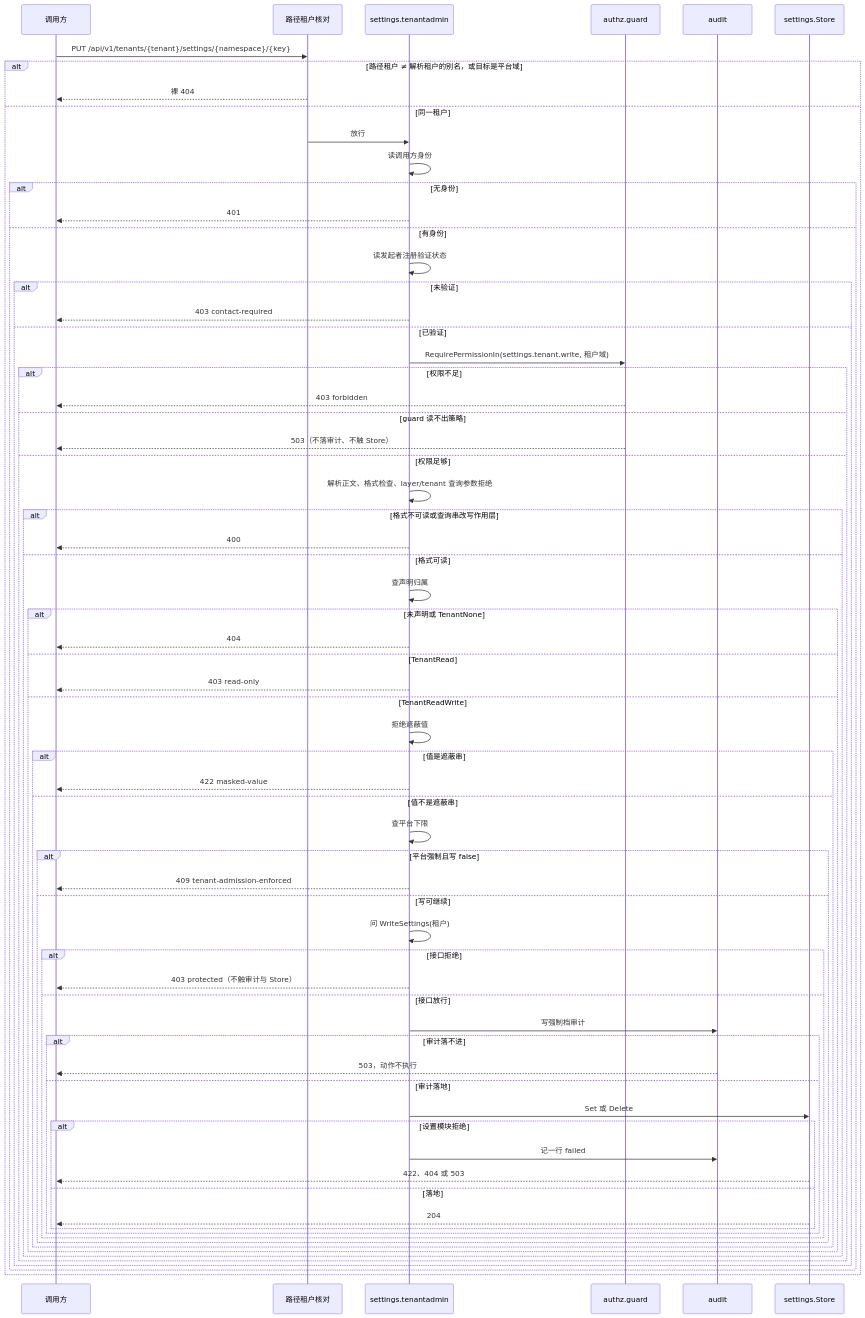
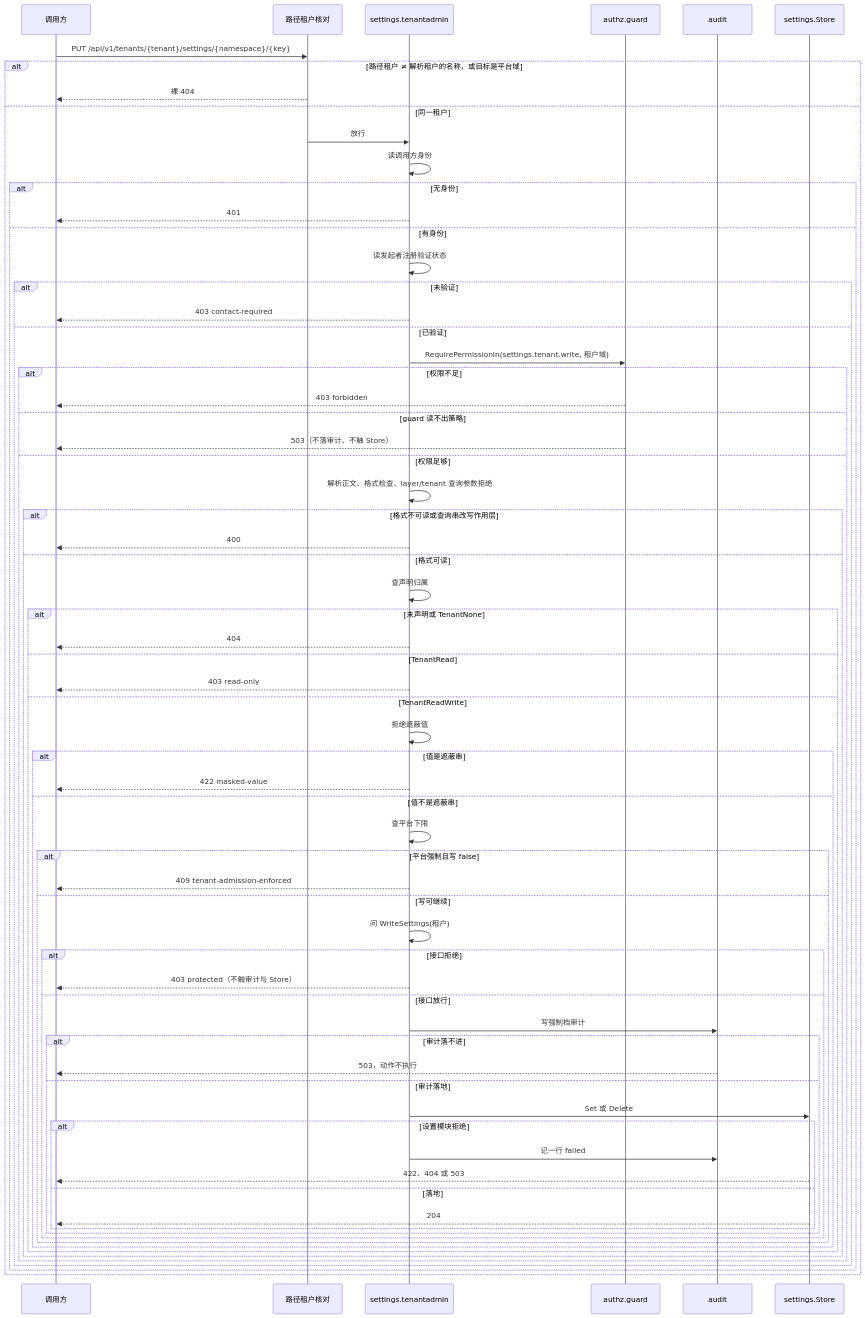
The diagram in docs/design/modules/settings/design-settings-tenantadmin.md (wangzw/speed), drawn with Mermaid before and after one commit. The commit also changed other lines of this file and 300 other files, not shown here.

````diff
--- a/docs/design/modules/settings/design-settings-tenantadmin.md
+++ b/docs/design/modules/settings/design-settings-tenantadmin.md
@@ -138,72 +138,72 @@
 ```mermaid
 sequenceDiagram
     participant C as 调用方
     participant T as 路径租户核对
     participant H as settings.tenantadmin
     participant G as authz.guard
     participant A as audit
     participant S as settings.Store
 
     C->>T: PUT /api/v1/tenants/{tenant}/settings/{namespace}/{key}
-    alt 路径租户 ≠ 解析租户的别名，或目标是平台域
+    alt 路径租户 ≠ 解析租户的名称，或目标是平台域
         T-->>C: 裸 404
     else 同一租户
         T->>H: 放行
         H->>H: 读调用方身份
         alt 无身份
             H-->>C: 401
         else 有身份
             H->>H: 读发起者注册验证状态
             alt 未验证
                 H-->>C: 403 contact-required
             else 已验证
                 H->>G: RequirePermissionIn(settings.tenant.write, 租户域)
                 alt 权限不足
                     G-->>C: 403 forbidden
                 else guard 读不出策略
                     G-->>C: 503（不落审计、不触 Store）
                 else 权限足够
                     H->>H: 解析正文、格式检查、layer/tenant 查询参数拒绝
                     alt 格式不可读或查询串改写作用层
                         H-->>C: 400
                     else 格式可读
                         H->>H: 查声明归属
                         alt 未声明或 TenantNone
                             H-->>C: 404
                         else TenantRead
                             H-->>C: 403 read-only
                         else TenantReadWrite
                             H->>H: 拒绝遮蔽值
                             alt 值是遮蔽串
                                 H-->>C: 422 masked-value
                             else 值不是遮蔽串
                                 H->>H: 查平台下限
                                 alt 平台强制且写 false
                                     H-->>C: 409 tenant-admission-enforced
                                 else 写可继续
                                     H->>H: 问 WriteSettings(租户)
                                     alt 接口拒绝
                                         H-->>C: 403 protected（不触审计与 Store）
                                     else 接口放行
                                         H->>A: 写强制档审计
                                         alt 审计落不进
                                             A-->>C: 503，动作不执行
                                         else 审计落地
                                             H->>S: Set 或 Delete
                                             alt 设置模块拒绝
                                                 H->>A: 记一行 failed
                                                 S-->>C: 422、404 或 503
                                             else 落地
                                                 S-->>C: 204
                                             end
                                         end
                                     end
                                 end
                             end
                         end
                     end
                 end
             end
         end
     end
 ```
````
